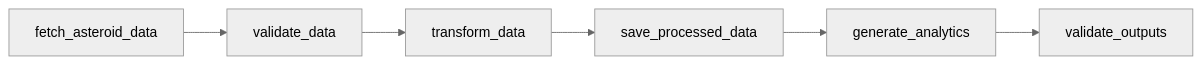
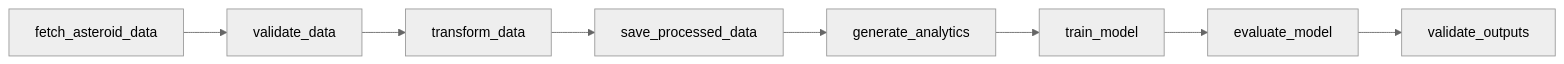
Before and after one commit to DADS7305-MLOps-002306229/Lab-3-Airflow: the second of 2 diagrams in README.md, drawn with Mermaid (neutral theme). The commit also changed other lines of this file and 12 other files, not shown here.

````diff
--- a/README.md
+++ b/README.md
@@ -36,8 +36,10 @@
 ```mermaid
 flowchart LR
     F[fetch_asteroid_data] --> V[validate_data]
     V --> T[transform_data]
     T --> S[save_processed_data]
     S --> A[generate_analytics]
-    A --> O[validate_outputs]
+    A --> M[train_model]
+    M --> E[evaluate_model]
+    E --> O[validate_outputs]
 ```
````
